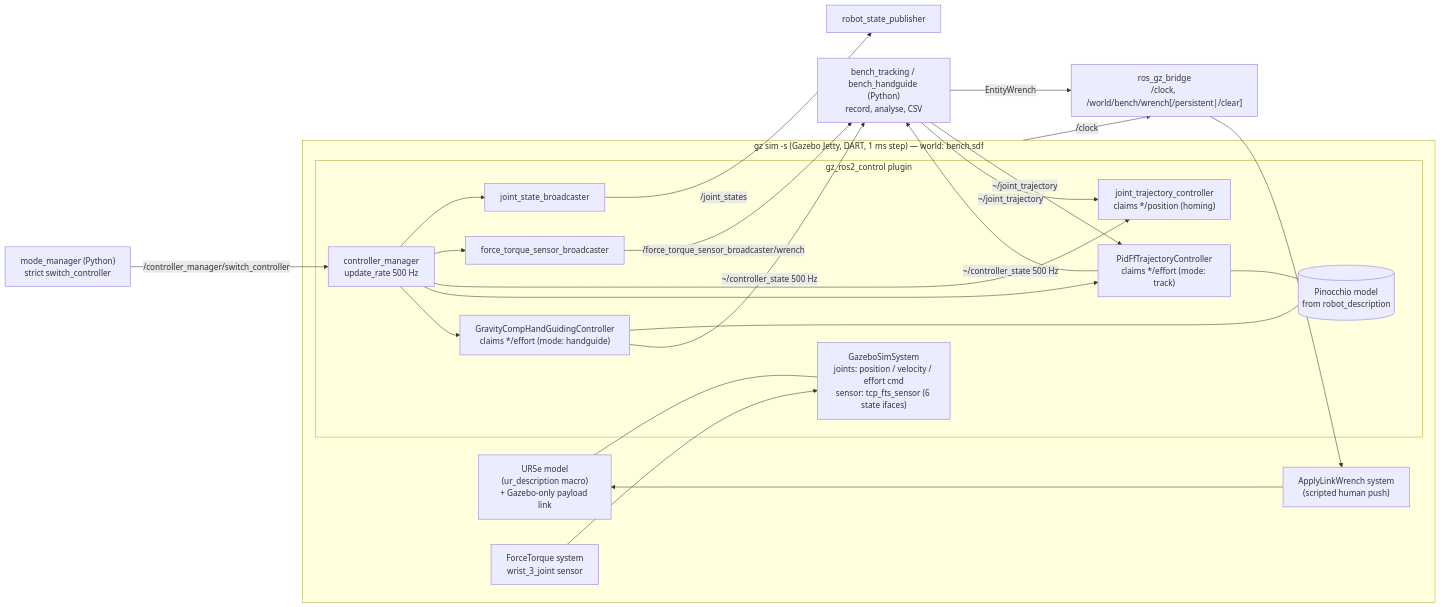
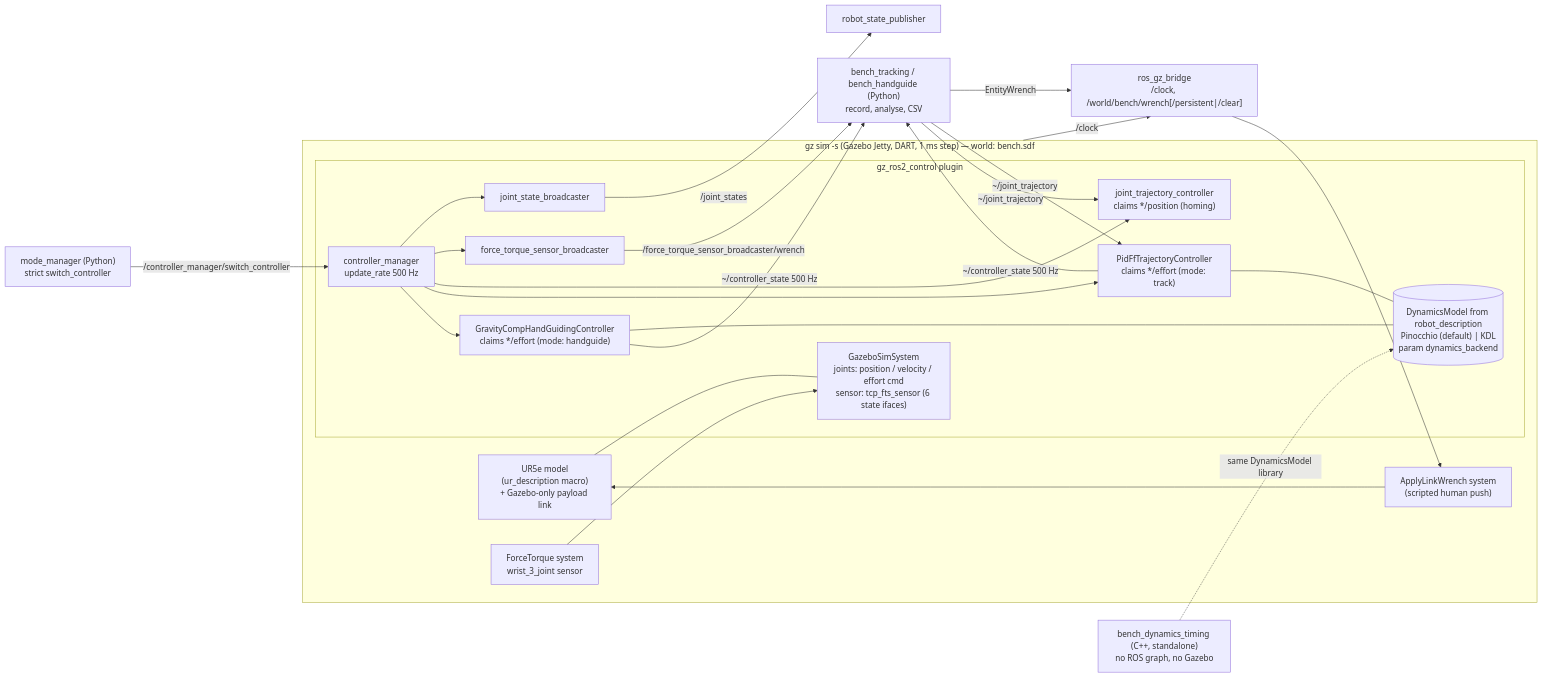
One commit to giridhar-shenoy/ur5e-teaching-controllers changed the diagram in docs/architecture.md. Above: the diagram before and after it, drawn with Mermaid. The commit also changed other lines of this file and 1 other file, not shown here.

First line of the commit message:
docs: document the dynamics interface, both backends and the payload swap

````diff
--- a/docs/architecture.md
+++ b/docs/architecture.md
@@ -8,39 +8,41 @@
 ```mermaid
 flowchart LR
   subgraph GZ["gz sim -s (Gazebo Jetty, DART, 1 ms step) — world: bench.sdf"]
     PHYS["UR5e model<br/>(ur_description macro)<br/>+ Gazebo-only payload link"]
     ALW["ApplyLinkWrench system<br/>(scripted human push)"]
     FTS["ForceTorque system<br/>wrist_3_joint sensor"]
     subgraph GZRC["gz_ros2_control plugin"]
       HW["GazeboSimSystem<br/>joints: position / velocity / effort cmd<br/>sensor: tcp_fts_sensor (6 state ifaces)"]
       CM["controller_manager<br/>update_rate 500 Hz"]
       JSB["joint_state_broadcaster"]
       FTB["force_torque_sensor_broadcaster"]
       JTC["joint_trajectory_controller<br/>claims */position (homing)"]
       PID["PidFfTrajectoryController<br/>claims */effort (mode: track)"]
       HG["GravityCompHandGuidingController<br/>claims */effort (mode: handguide)"]
-      PIN[("Pinocchio model<br/>from robot_description")]
+      PIN[("DynamicsModel from robot_description<br/>Pinocchio (default) | KDL<br/>param dynamics_backend")]
     end
     PHYS --- HW
     FTS --> HW
     ALW --> PHYS
   end
 
   RSP["robot_state_publisher"]
   BR["ros_gz_bridge<br/>/clock, /world/bench/wrench[/persistent|/clear]"]
   MM["mode_manager (Python)<br/>strict switch_controller"]
   BENCH["bench_tracking / bench_handguide (Python)<br/>record, analyse, CSV"]
+  TIMING["bench_dynamics_timing (C++, standalone)<br/>no ROS graph, no Gazebo"]
+  TIMING -.->|same DynamicsModel library| PIN
 
   CM --> JSB & FTB & JTC & PID & HG
   PID --- PIN
   HG --- PIN
   JSB -->|/joint_states| RSP
   FTB -->|/force_torque_sensor_broadcaster/wrench| BENCH
   MM -->|/controller_manager/switch_controller| CM
   BENCH -->|~/joint_trajectory| PID
   BENCH -->|~/joint_trajectory| JTC
   PID -->|~/controller_state 500 Hz| BENCH
   HG -->|~/controller_state 500 Hz| BENCH
   BENCH -->|EntityWrench| BR --> ALW
   GZ -->|/clock| BR
 ```
````
